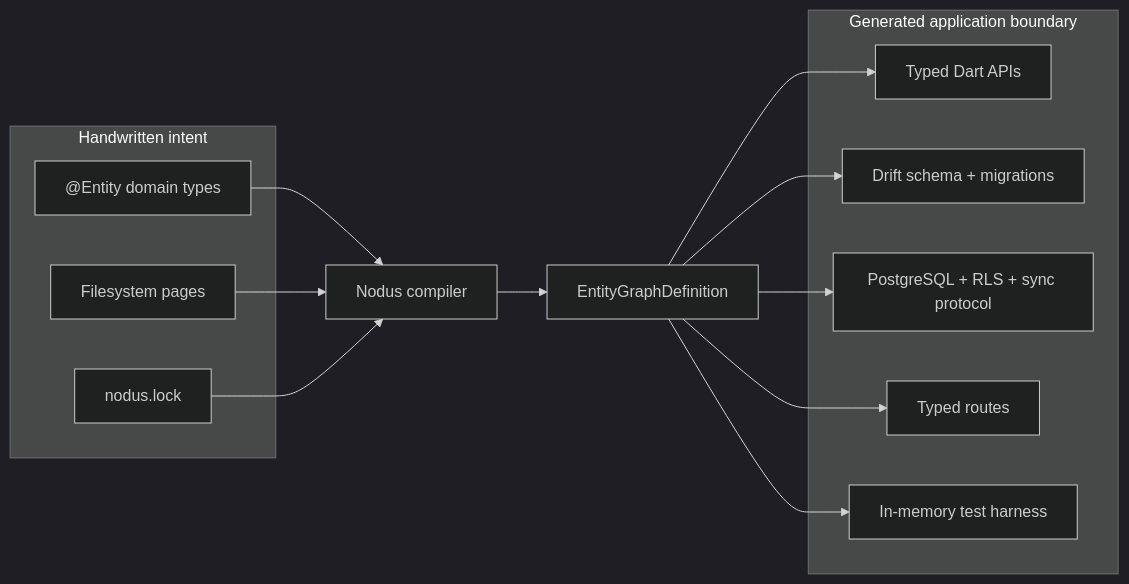
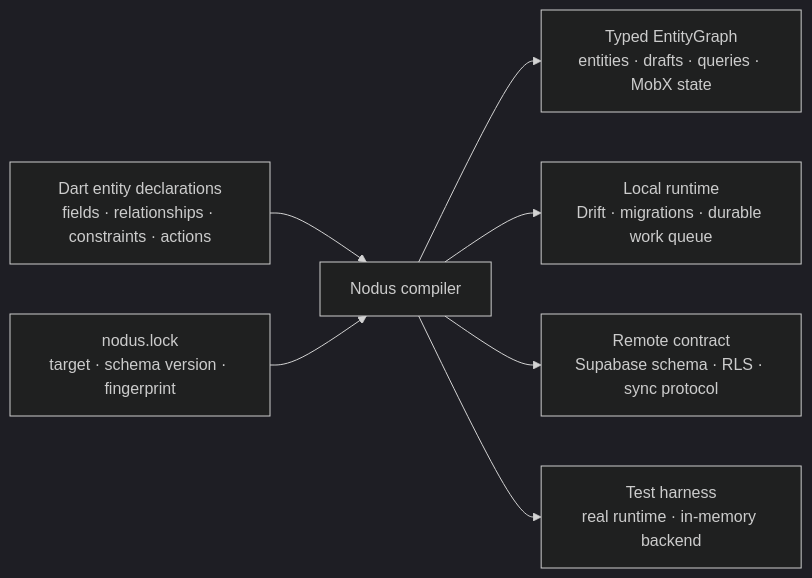
The first of 2 diagrams in README.md (sidux/nodus), drawn with Mermaid (dark theme) before and after one commit. The commit also changed other lines of this file and 1 other file, not shown here.

````diff
--- a/README.md
+++ b/README.md
@@ -35,29 +32,14 @@
 ```mermaid
 flowchart LR
-  subgraph Intent["Handwritten intent"]
-    E["@Entity domain types"]
-    P["Filesystem pages"]
-    L["nodus.lock"]
-  end
-
+  E["Dart entity declarations<br/>fields · relationships · constraints · actions"]
+  K["nodus.lock<br/>target · schema version · fingerprint"]
   C["Nodus compiler"]
-  D["EntityGraphDefinition"]
-
-  subgraph Generated["Generated application boundary"]
-    A["Typed Dart APIs"]
-    DB["Drift schema + migrations"]
-    PG["PostgreSQL + RLS + sync protocol"]
-    R["Typed routes"]
-    T["In-memory test harness"]
-  end
 
   E --> C
-  P --> C
-  L --> C
-  C --> D
-  D --> A
-  D --> DB
-  D --> PG
-  D --> R
-  D --> T
+  K --> C
+
+  C --> A["Typed EntityGraph<br/>entities · drafts · queries · MobX state"]
+  C --> L["Local runtime<br/>Drift · migrations · durable work queue"]
+  C --> R["Remote contract<br/>Supabase schema · RLS · sync protocol"]
+  C --> T["Test harness<br/>real runtime · in-memory backend"]
 ```
````
